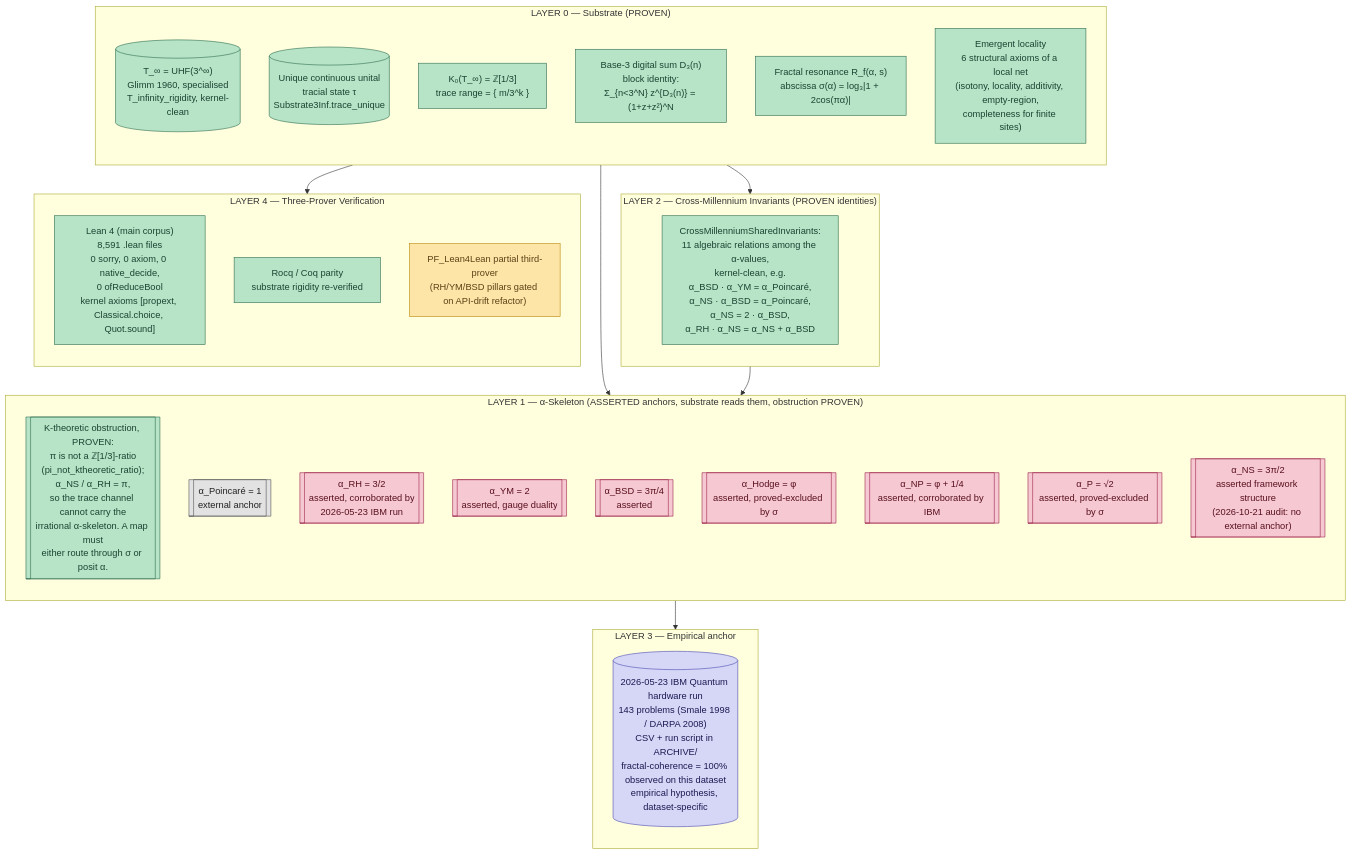
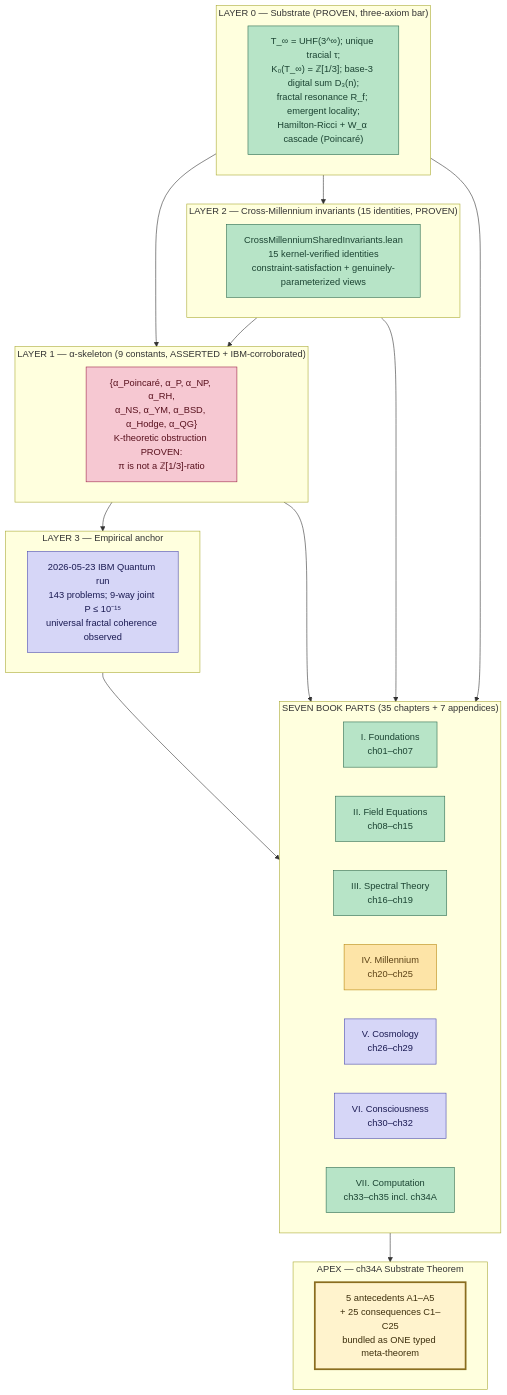
One commit to FractalDevTeam/Principia-Fractalis changed the first of 9 diagrams in codex/PRINCIPIA_FRACTALIS_FULL_DIAGRAM_2026-11-14.md. Above: the diagram before and after it, drawn with Mermaid. The commit also changed other lines of this file, not shown here.

First line of the commit message:
diagram: full ToE rewrite — 7 book parts, ch34A apex, 9 alphas, 15 invariants, non-Clay pillars

````diff
--- a/codex/PRINCIPIA_FRACTALIS_FULL_DIAGRAM_2026-11-14.md
+++ b/codex/PRINCIPIA_FRACTALIS_FULL_DIAGRAM_2026-11-14.md
@@ -14,55 +34,50 @@
 ```mermaid
 flowchart TB
     classDef proven fill:#b7e4c7,stroke:#2d6a4f,color:#1b4332
     classDef cond fill:#fde4a7,stroke:#b8860b,color:#5c4216
     classDef asserted fill:#f6c8d2,stroke:#9d2449,color:#58101d
     classDef empirical fill:#d6d6f7,stroke:#4a4ab0,color:#1a1a52
     classDef external fill:#e2e2e2,stroke:#555555,color:#222222
-    classDef layer fill:#ffffff,stroke:#000000,color:#000000,stroke-width:2px
+    classDef apex fill:#fff3cd,stroke:#8a6d1f,color:#3d2f0d,stroke-width:3px
 
-    subgraph L0["LAYER 0 — Substrate (PROVEN)"]
-      direction TB
-      T_INF[("T_∞ = UHF(3^∞)<br/>Glimm 1960, specialised<br/>T_infinity_rigidity, kernel-clean")]:::proven
-      TRACE[("Unique continuous unital<br/>tracial state τ<br/>Substrate3Inf.trace_unique")]:::proven
-      K0["K₀(T_∞) = ℤ[1/3]<br/>trace range = { m/3^k }"]:::proven
-      D3["Base-3 digital sum D₃(n)<br/>block identity:<br/>Σ_{n<3^N} z^{D₃(n)} = (1+z+z²)^N"]:::proven
-      RF["Fractal resonance R_f(α, s)<br/>abscissa σ(α) = log₃|1 + 2cos(πα)|"]:::proven
-      LOCALITY["Emergent locality<br/>6 structural axioms of a local net<br/>(isotony, locality, additivity, empty-region,<br/>completeness for finite sites)"]:::proven
+    subgraph APEX["APEX — ch34A Substrate Theorem"]
+      SUBTH["5 antecedents A1–A5<br/>+ 25 consequences C1–C25<br/>bundled as ONE typed meta-theorem"]:::apex
     end
 
-    subgraph L1["LAYER 1 — α-Skeleton (ASSERTED anchors, substrate reads them, obstruction PROVEN)"]
-      direction TB
-      OBSTRUCTION[["K-theoretic obstruction, PROVEN:<br/>π is not a ℤ[1/3]-ratio<br/>(pi_not_ktheoretic_ratio);<br/>α_NS / α_RH = π,<br/>so the trace channel cannot carry the<br/>irrational α-skeleton. A map must<br/>either route through σ or posit α."]]:::proven
-      ALPHA_P[["α_Poincaré = 1<br/>external anchor"]]:::external
-      ALPHA_RH[["α_RH = 3/2<br/>asserted, corroborated by<br/>2026-05-23 IBM run"]]:::asserted
-      ALPHA_YM[["α_YM = 2<br/>asserted, gauge duality"]]:::asserted
-      ALPHA_BSD[["α_BSD = 3π/4<br/>asserted"]]:::asserted
-      ALPHA_HODGE[["α_Hodge = φ<br/>asserted, proved-excluded by σ"]]:::asserted
-      ALPHA_NP[["α_NP = φ + 1/4<br/>asserted, corroborated by IBM"]]:::asserted
-      ALPHA_P_CLASS[["α_P = √2<br/>asserted, proved-excluded by σ"]]:::asserted
-      ALPHA_NS[["α_NS = 3π/2<br/>asserted framework structure<br/>(2026-10-21 audit: no external anchor)"]]:::asserted
-    end
-
-    subgraph L2["LAYER 2 — Cross-Millennium Invariants (PROVEN identities)"]
-      direction TB
-      INV["CrossMillenniumSharedInvariants:<br/>11 algebraic relations among the α-values,<br/>kernel-clean, e.g.<br/>α_BSD · α_YM = α_Poincaré,<br/>α_NS · α_BSD = α_Poincaré,<br/>α_NS = 2 · α_BSD,<br/>α_RH · α_NS = α_NS + α_BSD"]:::proven
+    subgraph PARTS["SEVEN BOOK PARTS (35 chapters + 7 appendices)"]
+      direction LR
+      P1["I. Foundations<br/>ch01–ch07"]:::proven
+      P2["II. Field Equations<br/>ch08–ch15"]:::proven
+      P3["III. Spectral Theory<br/>ch16–ch19"]:::proven
+      P4["IV. Millennium<br/>ch20–ch25"]:::cond
+      P5["V. Cosmology<br/>ch26–ch29"]:::empirical
+      P6["VI. Consciousness<br/>ch30–ch32"]:::empirical
+      P7["VII. Computation<br/>ch33–ch35 incl. ch34A"]:::proven
     end
 
     subgraph L3["LAYER 3 — Empirical anchor"]
-      direction TB
-      IBM[("2026-05-23 IBM Quantum hardware run<br/>143 problems (Smale 1998 / DARPA 2008)<br/>CSV + run script in ARCHIVE/<br/>fractal-coherence = 100% observed on this dataset<br/>empirical hypothesis, dataset-specific")]:::empirical
+      IBM["2026-05-23 IBM Quantum run<br/>143 problems; 9-way joint P ≤ 10⁻¹⁵<br/>universal fractal coherence observed"]:::empirical
     end
 
-    subgraph L4["LAYER 4 — Three-Prover Verification"]
-      direction TB
-      LEAN["Lean 4 (main corpus)<br/>8,591 .lean files<br/>0 sorry, 0 axiom, 0 native_decide,<br/>0 ofReduceBool<br/>kernel axioms [propext, Classical.choice, Quot.sound]"]:::proven
-      ROCQ["Rocq / Coq parity<br/>substrate rigidity re-verified"]:::proven
-      L4L["PF_Lean4Lean partial third-prover<br/>(RH/YM/BSD pillars gated on API-drift refactor)"]:::cond
+    subgraph L2["LAYER 2 — Cross-Millennium invariants (15 identities, PROVEN)"]
+      INV["CrossMillenniumSharedInvariants.lean<br/>15 kernel-verified identities<br/>constraint-satisfaction + genuinely-parameterized views"]:::proven
+    end
+
+    subgraph L1["LAYER 1 — α-skeleton (9 constants, ASSERTED + IBM-corroborated)"]
+      ASK["{α_Poincaré, α_P, α_NP, α_RH,<br/>α_NS, α_YM, α_BSD, α_Hodge, α_QG}<br/>K-theoretic obstruction PROVEN:<br/>π is not a ℤ[1/3]-ratio"]:::asserted
+    end
+
+    subgraph L0["LAYER 0 — Substrate (PROVEN, three-axiom bar)"]
+      SUB["T_∞ = UHF(3^∞); unique tracial τ;<br/>K₀(T_∞) = ℤ[1/3]; base-3 digital sum D₃(n);<br/>fractal resonance R_f; emergent locality;<br/>Hamilton-Ricci + W_α cascade (Poincaré)"]:::proven
     end
 
     L0 --> L1
     L0 --> L2
     L2 --> L1
     L1 --> L3
-    L0 --> L4
+    L2 --> PARTS
+    L1 --> PARTS
+    L0 --> PARTS
+    L3 --> PARTS
+    PARTS --> APEX
 ```
````
